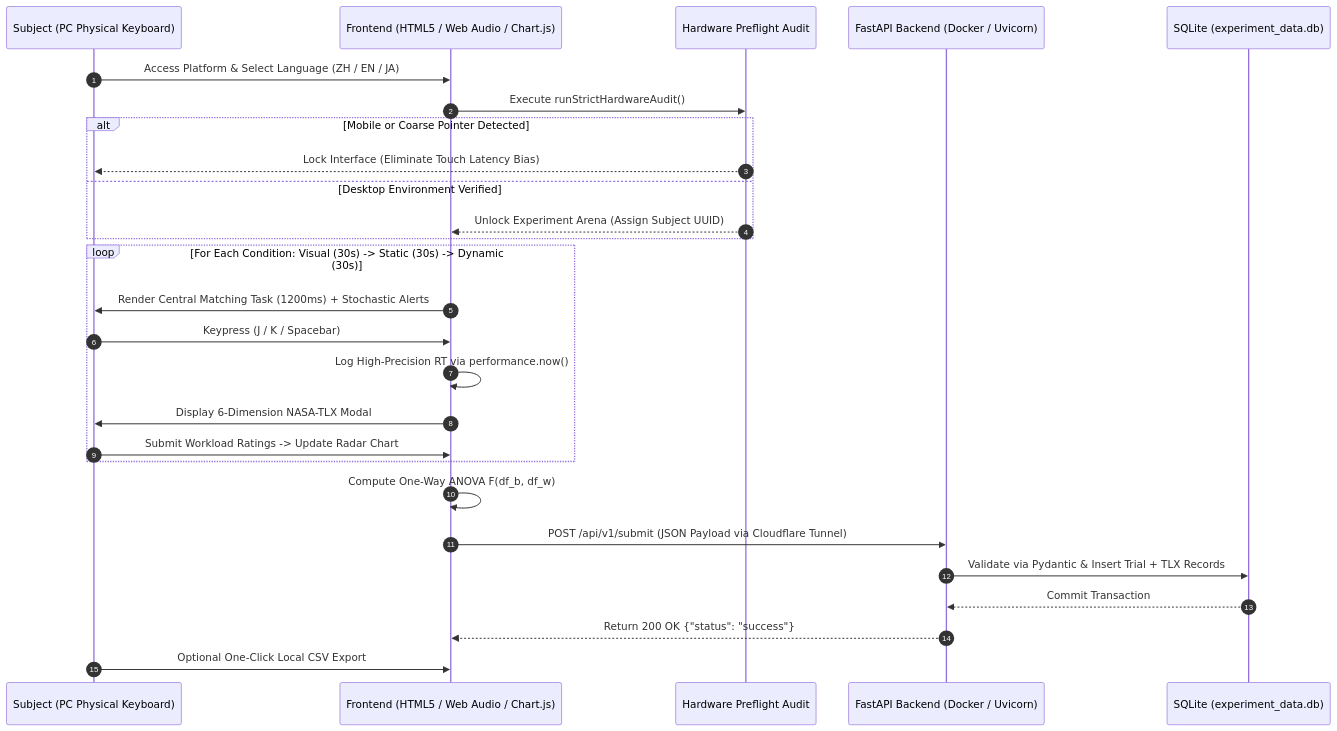
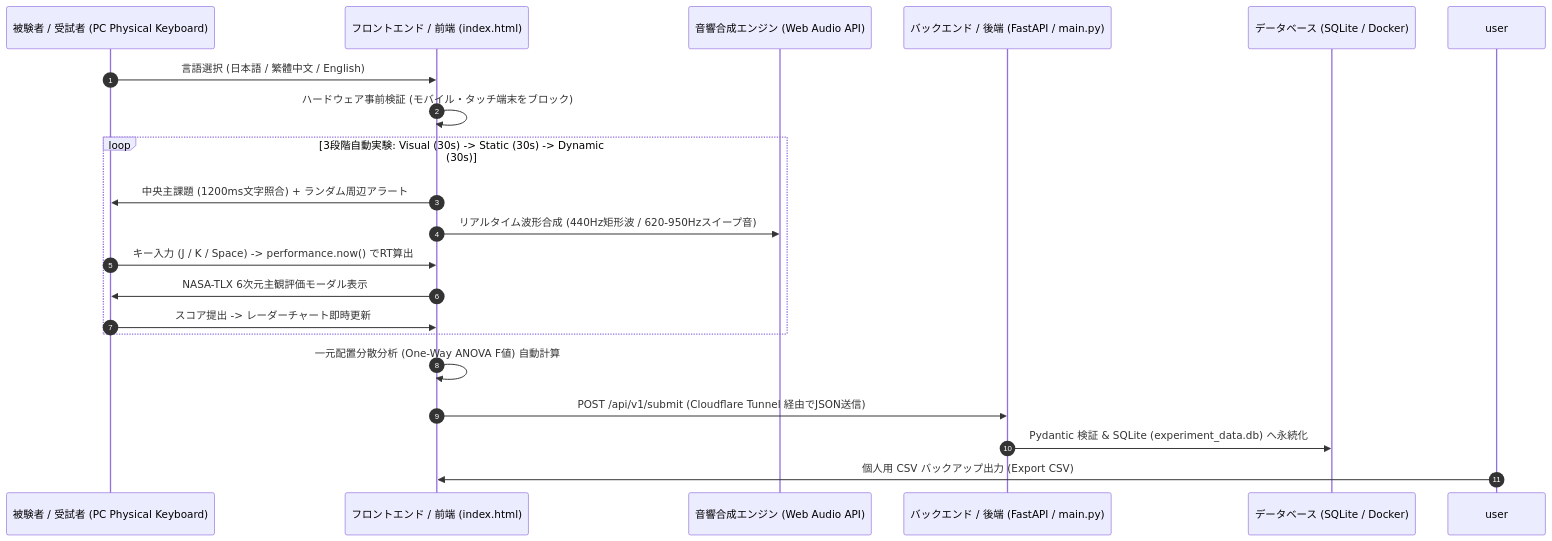
One commit to PeEnLin/SonicAnalytics changed the diagram in README.md. Above: the diagram before and after it, drawn with Mermaid. The commit also changed other lines of this file, not shown here.

Commit message:
docs: complete trilingual README with tables and plain-language math explanations

````diff
--- a/README.md
+++ b/README.md
@@ -153,32 +157,25 @@
 ```mermaid
 sequenceDiagram
     autonumber
-    participant User as Subject (PC Physical Keyboard)
-    participant UI as Frontend (HTML5 / Web Audio / Chart.js)
-    participant Gate as Hardware Preflight Audit
-    participant API as FastAPI Backend (Docker / Uvicorn)
-    participant DB as SQLite (experiment_data.db)
+    participant User as 被験者 / 受試者 (PC Physical Keyboard)
+    participant UI as フロントエンド / 前端 (index.html)
+    participant Audio as 音響合成エンジン (Web Audio API)
+    participant API as バックエンド / 後端 (FastAPI / main.py)
+    participant DB as データベース (SQLite / Docker)
 
-    User->>UI: Access Platform & Select Language (ZH / EN / JA)
-    UI->>Gate: Execute runStrictHardwareAudit()
-    alt Mobile or Coarse Pointer Detected
-        Gate-->>User: Lock Interface (Eliminate Touch Latency Bias)
-    else Desktop Environment Verified
-        Gate-->>UI: Unlock Experiment Arena (Assign Subject UUID)
+    User->>UI: 言語選択 (日本語 / 繁體中文 / English)
+    UI->>UI: ハードウェア事前検証 (モバイル・タッチ端末をブロック)
+    
+    loop 3段階自動実験: Visual (30s) -> Static (30s) -> Dynamic (30s)
+        UI->>User: 中央主課題 (1200ms文字照合) + ランダム周辺アラート
+        UI->>Audio: リアルタイム波形合成 (440Hz矩形波 / 620-950Hzスイープ音)
+        User->>UI: キー入力 (J / K / Space) -> performance.now() でRT算出
+        UI->>User: NASA-TLX 6次元主観評価モーダル表示
+        User->>UI: スコア提出 -> レーダーチャート即時更新
     end
 
-    loop For Each Condition: Visual (30s) -> Static (30s) -> Dynamic (30s)
-        UI->>User: Render Central Matching Task (1200ms) + Stochastic Alerts
-        User->>UI: Keypress (J / K / Spacebar)
-        UI->>UI: Log High-Precision RT via performance.now()
-        UI->>User: Display 6-Dimension NASA-TLX Modal
-        User->>UI: Submit Workload Ratings -> Update Radar Chart
-    end
-
-    UI->>UI: Compute One-Way ANOVA F(df_b, df_w)
-    UI->>API: POST /api/v1/submit (JSON Payload via Cloudflare Tunnel)
-    API->>DB: Validate via Pydantic & Insert Trial + TLX Records
-    DB-->>API: Commit Transaction
-    API-->>UI: Return 200 OK {"status": "success"}
-    User->>UI: Optional One-Click Local CSV Export
+    UI->>UI: 一元配置分散分析 (One-Way ANOVA F値) 自動計算
+    UI->>API: POST /api/v1/submit (Cloudflare Tunnel 経由でJSON送信)
+    API->>DB: Pydantic 検証 & SQLite (experiment_data.db) へ永続化
+    user->>UI: 個人用 CSV バックアップ出力 (Export CSV)
 ```
````
